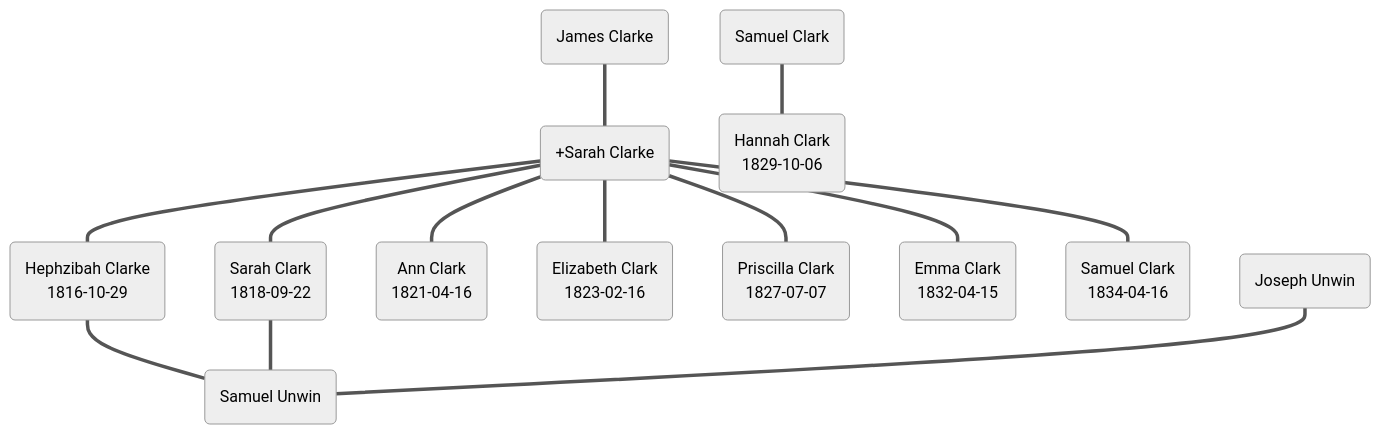
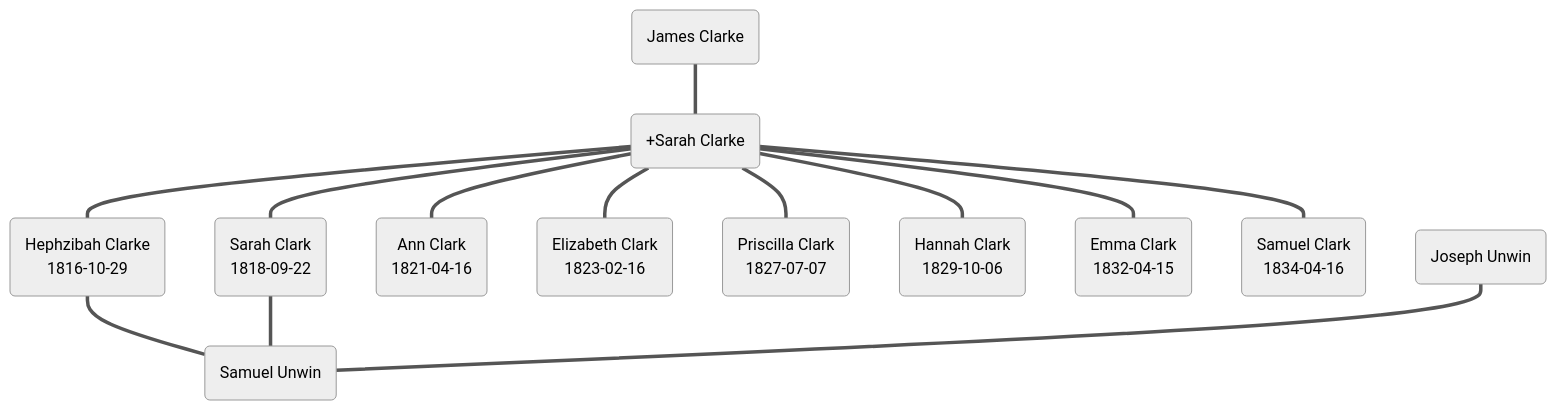
Before and after one commit to soul-family/family-tree: the diagram in src-content/branch/diagrams/clark_unwin.md, drawn with Mermaid (neutral theme). The commit also changed 36 other files, not shown here.

````diff
--- a/src-content/branch/diagrams/clark_unwin.md
+++ b/src-content/branch/diagrams/clark_unwin.md
@@ -3,17 +3,17 @@
 ```mermaid
 flowchart TD
     james_clarke(James Clarke) === sarah_clarke(+Sarah Clarke)
     sarah_clarke === 1816_hephzibah_clarke(Hephzibah Clarke<br/>1816-10-29)
     sarah_clarke === 1818_sarah_clark(Sarah Clark<br/>1818-09-22)
     sarah_clarke === 1821_ann_clark(Ann Clark<br/>1821-04-16)
     sarah_clarke === 1823_elizabeth_clark(Elizabeth Clark<br/>1823-02-16)
     sarah_clarke === 1827_priscilla_clark(Priscilla Clark<br/>1827-07-07)
+    sarah_clarke === 1829_hannah_clark(Hannah Clark<br/>1829-10-06)
     sarah_clarke === 1832_emma_clark(Emma Clark<br/>1832-04-15)
     sarah_clarke === 1834_samuel_clark(Samuel Clark<br/>1834-04-16)
     1816_hephzibah_clarke === samuel_unwin(+Samuel Unwin)
     1818_sarah_clark === samuel_unwin(+Samuel Unwin)
-    samuel_clark_tailor(Samuel Clark) === 1829_hannah_clark(Hannah Clark<br/>1829-10-06)
     joseph_unwin(Joseph Unwin) === samuel_unwin(Samuel Unwin)
 
     linkStyle default stroke:#555
 ```
````
